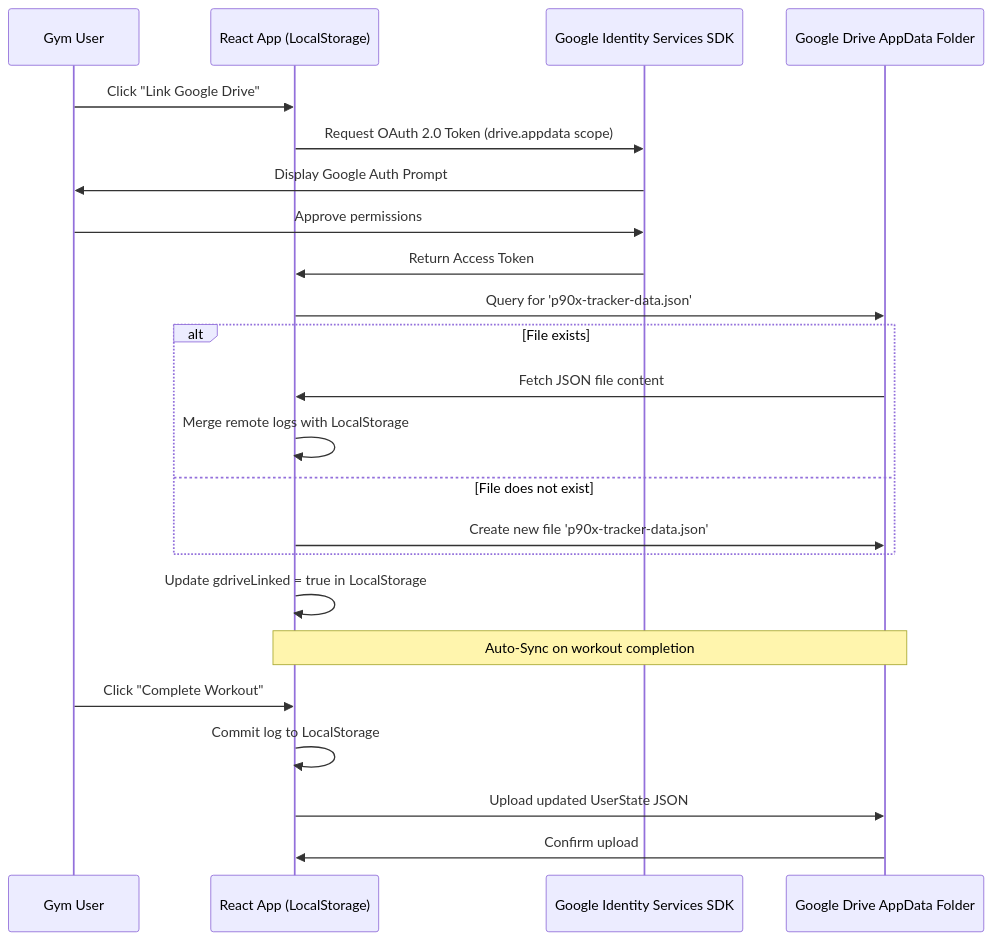
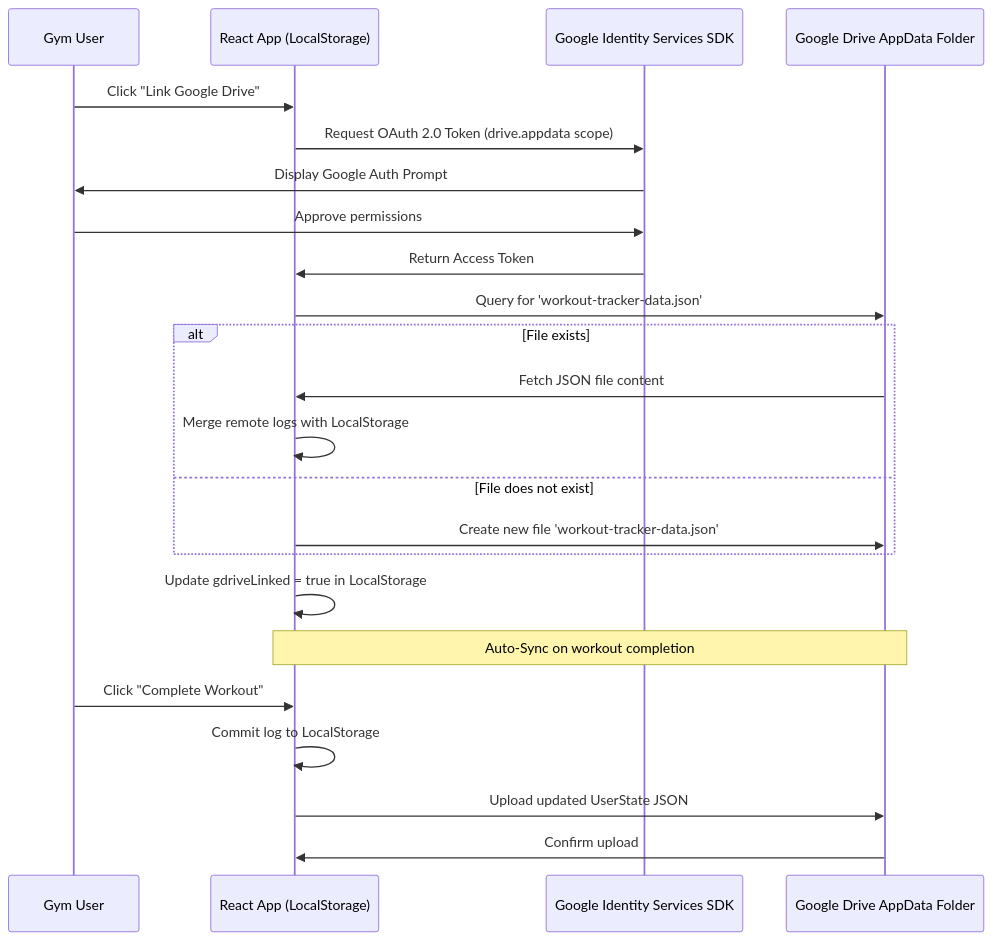
The diagram in README.md (mike-boyle/workout-tracker), drawn with Mermaid before and after one commit. The commit also changed other lines of this file and 8 other files, not shown here.

````diff
--- a/README.md
+++ b/README.md
@@ -137,26 +137,26 @@
 ```mermaid
 sequenceDiagram
     participant User as Gym User
     participant App as React App (LocalStorage)
     participant GIS as Google Identity Services SDK
     participant Drive as Google Drive AppData Folder
 
     User->>App: Click "Link Google Drive"
     App->>GIS: Request OAuth 2.0 Token (drive.appdata scope)
     GIS->>User: Display Google Auth Prompt
     User->>GIS: Approve permissions
     GIS->>App: Return Access Token
-    App->>Drive: Query for 'p90x-tracker-data.json'
+    App->>Drive: Query for 'workout-tracker-data.json'
     alt File exists
         Drive->>App: Fetch JSON file content
         App->>App: Merge remote logs with LocalStorage
     else File does not exist
-        App->>Drive: Create new file 'p90x-tracker-data.json'
+        App->>Drive: Create new file 'workout-tracker-data.json'
     end
     App->>App: Update gdriveLinked = true in LocalStorage
     Note over App,Drive: Auto-Sync on workout completion
     User->>App: Click "Complete Workout"
     App->>App: Commit log to LocalStorage
     App->>Drive: Upload updated UserState JSON
     Drive->>App: Confirm upload
 ```
````
